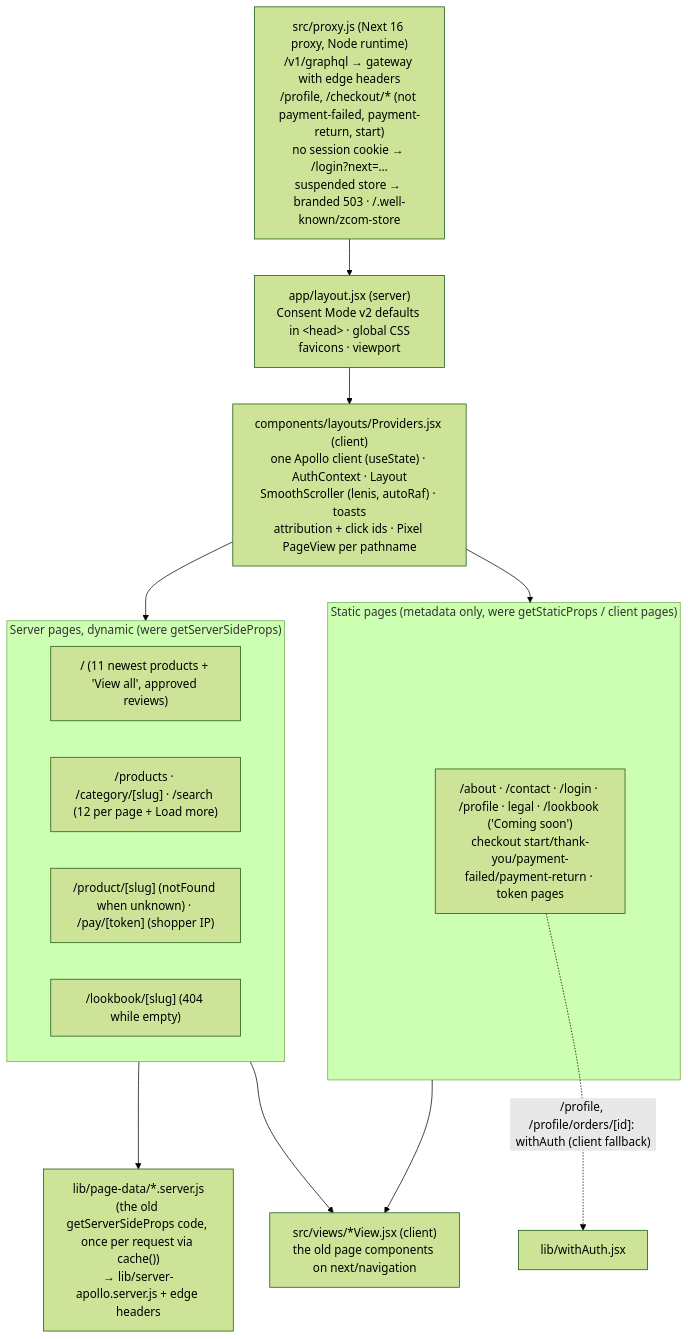
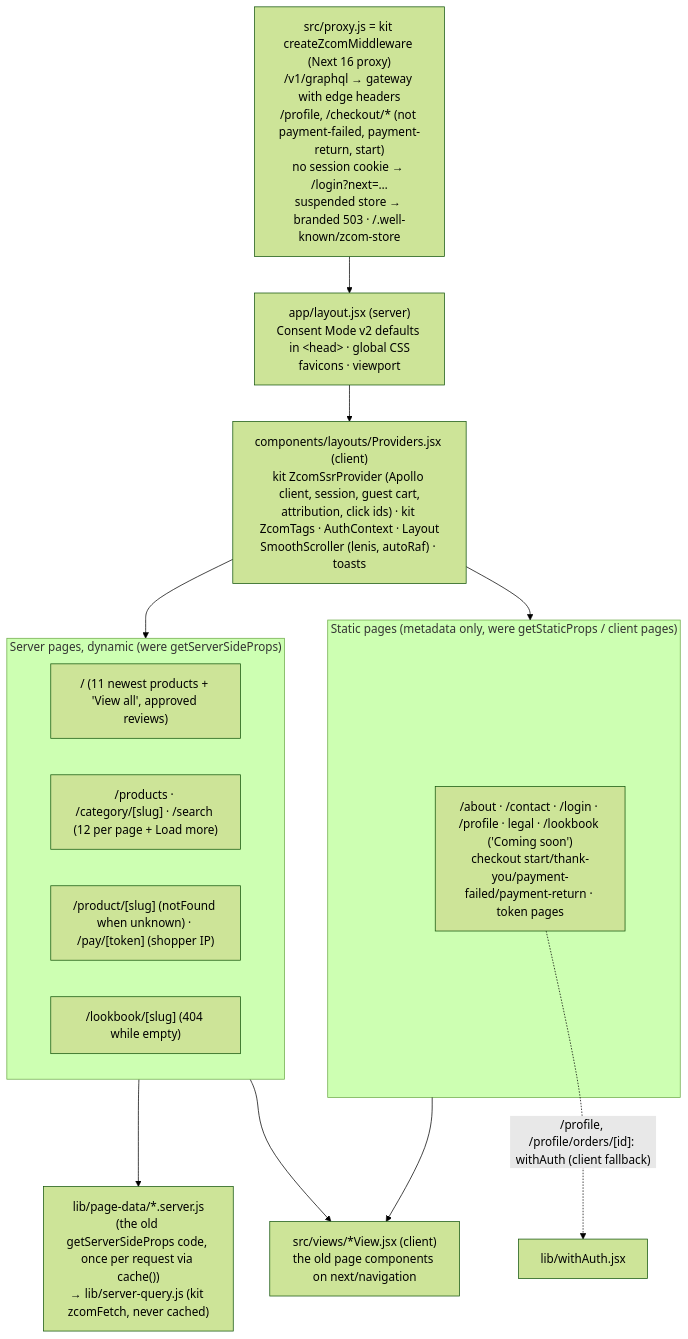
Before and after one commit to Zerror-Studios/deveshe: the second of 6 diagrams in docs/architecture/solution-architecture.md, drawn with Mermaid (forest theme). The commit also changed other lines of this file and 61 other files, not shown here.

First line of the commit message:
feat(storefront): move Deveshe Dreams onto @zcom/storefront-kit v1.0.2 (kit PRD-002 step 5)

````diff
--- a/docs/architecture/solution-architecture.md
+++ b/docs/architecture/solution-architecture.md
@@ -29,22 +29,22 @@
 ```mermaid
 flowchart TB
-    PX["src/proxy.js (Next 16 proxy, Node runtime)<br/>/v1/graphql → gateway with edge headers<br/>/profile, /checkout/* (not payment-failed, payment-return, start)<br/>no session cookie → /login?next=…<br/>suspended store → branded 503 · /.well-known/zcom-store"]
+    PX["src/proxy.js = kit createZcomMiddleware (Next 16 proxy)<br/>/v1/graphql → gateway with edge headers<br/>/profile, /checkout/* (not payment-failed, payment-return, start)<br/>no session cookie → /login?next=…<br/>suspended store → branded 503 · /.well-known/zcom-store"]
     LAYOUT["app/layout.jsx (server)<br/>Consent Mode v2 defaults in &lt;head&gt; · global CSS<br/>favicons · viewport"]
-    PROV["components/layouts/Providers.jsx (client)<br/>one Apollo client (useState) · AuthContext · Layout<br/>SmoothScroller (lenis, autoRaf) · toasts<br/>attribution + click ids · Pixel PageView per pathname"]
+    PROV["components/layouts/Providers.jsx (client)<br/>kit ZcomSsrProvider (Apollo client, session, guest cart,<br/>attribution, click ids) · kit ZcomTags · AuthContext · Layout<br/>SmoothScroller (lenis, autoRaf) · toasts"]
     subgraph DYN["Server pages, dynamic (were getServerSideProps)"]
         IDX["/ (11 newest products + 'View all', approved reviews)"]
         PL["/products · /category/[slug] · /search (12 per page + Load more)"]
         PD["/product/[slug] (notFound when unknown) · /pay/[token] (shopper IP)"]
         LBS["/lookbook/[slug] (404 while empty)"]
     end
     subgraph STATIC["Static pages (metadata only, were getStaticProps / client pages)"]
         ST["/about · /contact · /login · /profile · legal · /lookbook ('Coming soon')<br/>checkout start/thank-you/payment-failed/payment-return · token pages"]
     end
-    LOAD["lib/page-data/*.server.js<br/>(the old getServerSideProps code, once per request via cache())<br/>→ lib/server-apollo.server.js + edge headers"]
+    LOAD["lib/page-data/*.server.js<br/>(the old getServerSideProps code, once per request via cache())<br/>→ lib/server-query.js (kit zcomFetch, never cached)"]
     VIEWS["src/views/*View.jsx (client)<br/>the old page components on next/navigation"]
     PX --> LAYOUT --> PROV
     PROV --> DYN & STATIC
     DYN --> LOAD
     DYN & STATIC --> VIEWS
     ST -. "/profile, /profile/orders/[id]: withAuth (client fallback)" .-> WA["lib/withAuth.jsx"]
 ```
````
